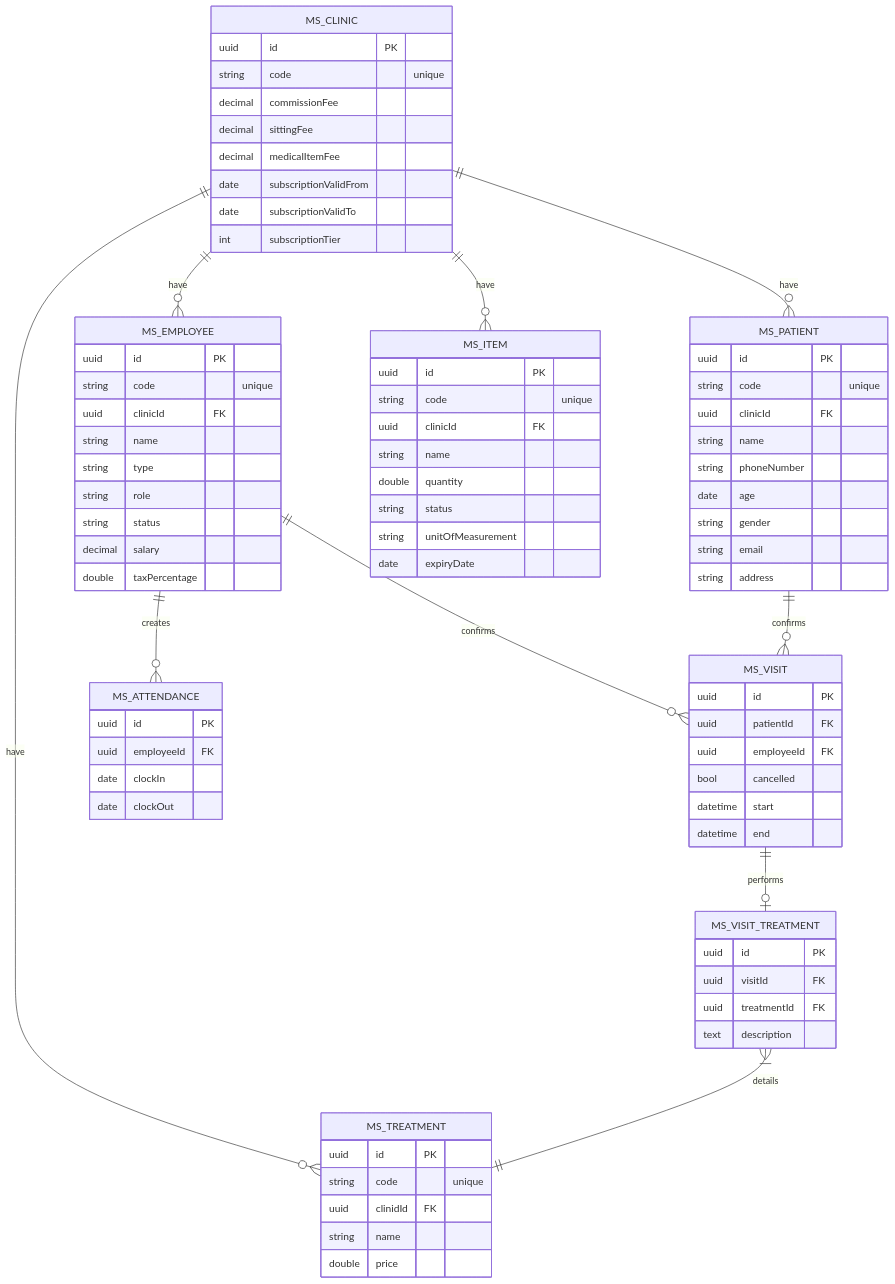
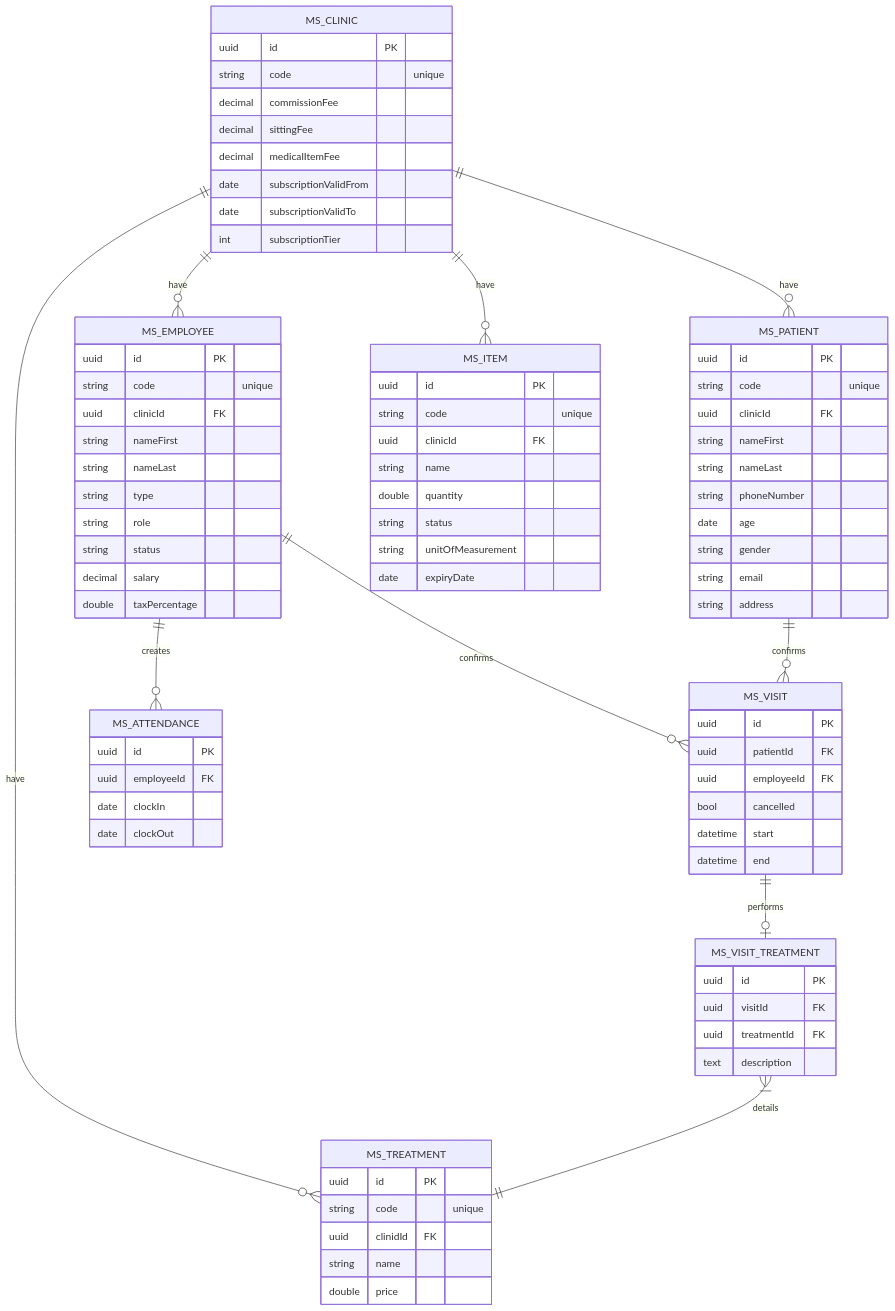
Before and after one commit to acemint/x-admin-backend: the diagram in docs/erd.md, drawn with Mermaid.

Commit message:
Update erd.md
add additional column for first and last name of the employee and patient

```diff
--- a/docs/erd.md
+++ b/docs/erd.md
@@ -24,7 +24,8 @@
         uuid id PK
         string code "unique"
         uuid clinicId FK
-        string name
+        string nameFirst
+        string nameLast
         string type
         string role
         string status
@@ -35,7 +36,8 @@
         uuid id PK
         string code "unique"
         uuid clinicId FK
-        string name
+        string nameFirst
+        string nameLast 
         string phoneNumber
         date age
         string gender
```
